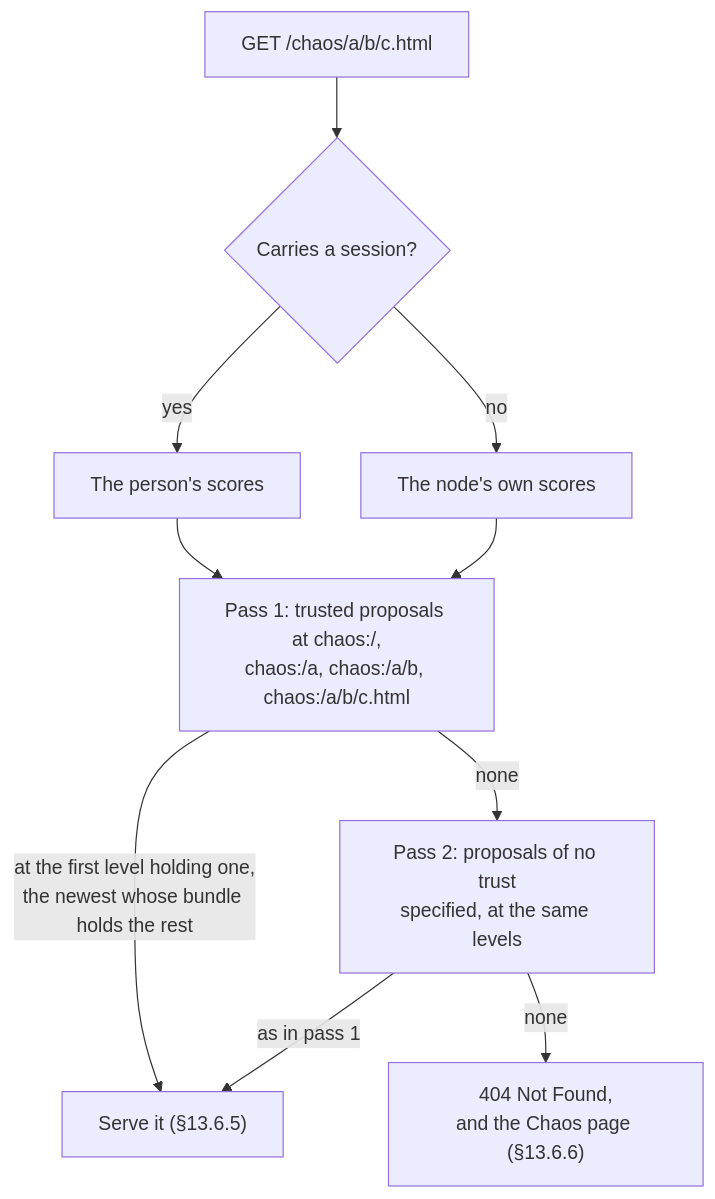
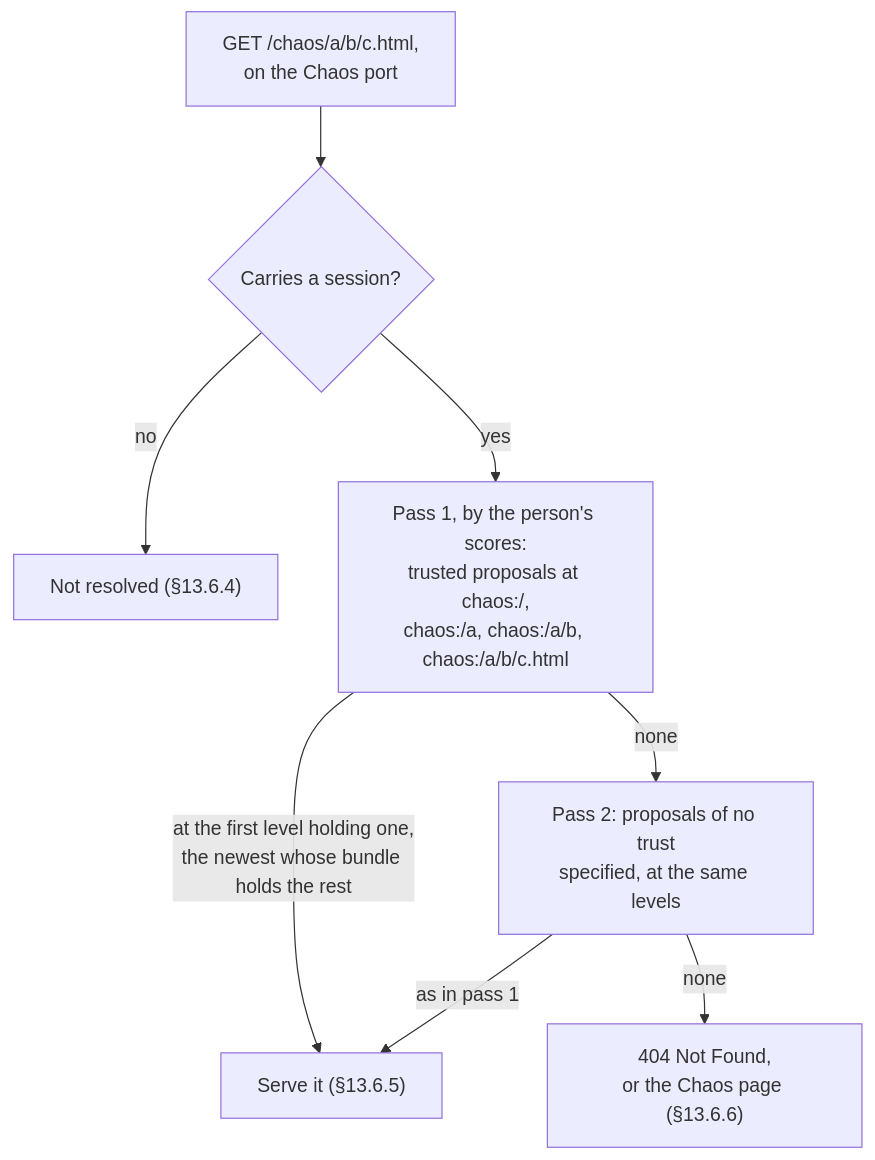
Diagram 13 of 14 in docs/specs/HttpApi.md (marcpage/libranet), drawn with Mermaid before and after one commit. The commit also changed other lines of this file and 31 other files, not shown here.

````diff
--- a/docs/specs/HttpApi.md
+++ b/docs/specs/HttpApi.md
@@ -3575,12 +3662,10 @@
 ```mermaid
 flowchart TD
-    req["GET /chaos/a/b/c.html"] --> session{"Carries a session?"}
-    session -->|yes| person["The person's scores"]
-    session -->|no| node["The node's own scores"]
-    person --> trusted["Pass 1: trusted proposals at chaos:/,<br/>chaos:/a, chaos:/a/b, chaos:/a/b/c.html"]
-    node --> trusted
+    req["GET /chaos/a/b/c.html,<br/>on the Chaos port"] --> session{"Carries a session?"}
+    session -->|no| refused["Not resolved (§13.6.4)"]
+    session -->|yes| trusted["Pass 1, by the person's scores:<br/>trusted proposals at chaos:/,<br/>chaos:/a, chaos:/a/b, chaos:/a/b/c.html"]
     trusted -->|"at the first level holding one,<br/>the newest whose bundle holds the rest"| serve["Serve it (§13.6.5)"]
     trusted -->|none| unknown["Pass 2: proposals of no trust<br/>specified, at the same levels"]
     unknown -->|"as in pass 1"| serve
-    unknown -->|none| missing["404 Not Found,<br/>and the Chaos page (§13.6.6)"]
+    unknown -->|none| missing["404 Not Found,<br/>or the Chaos page (§13.6.6)"]
 ```
````
